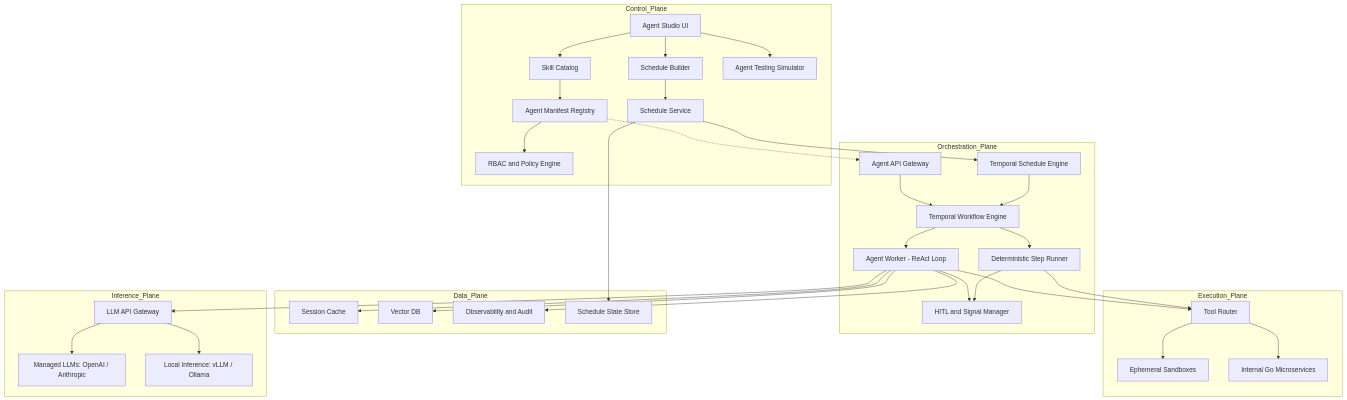
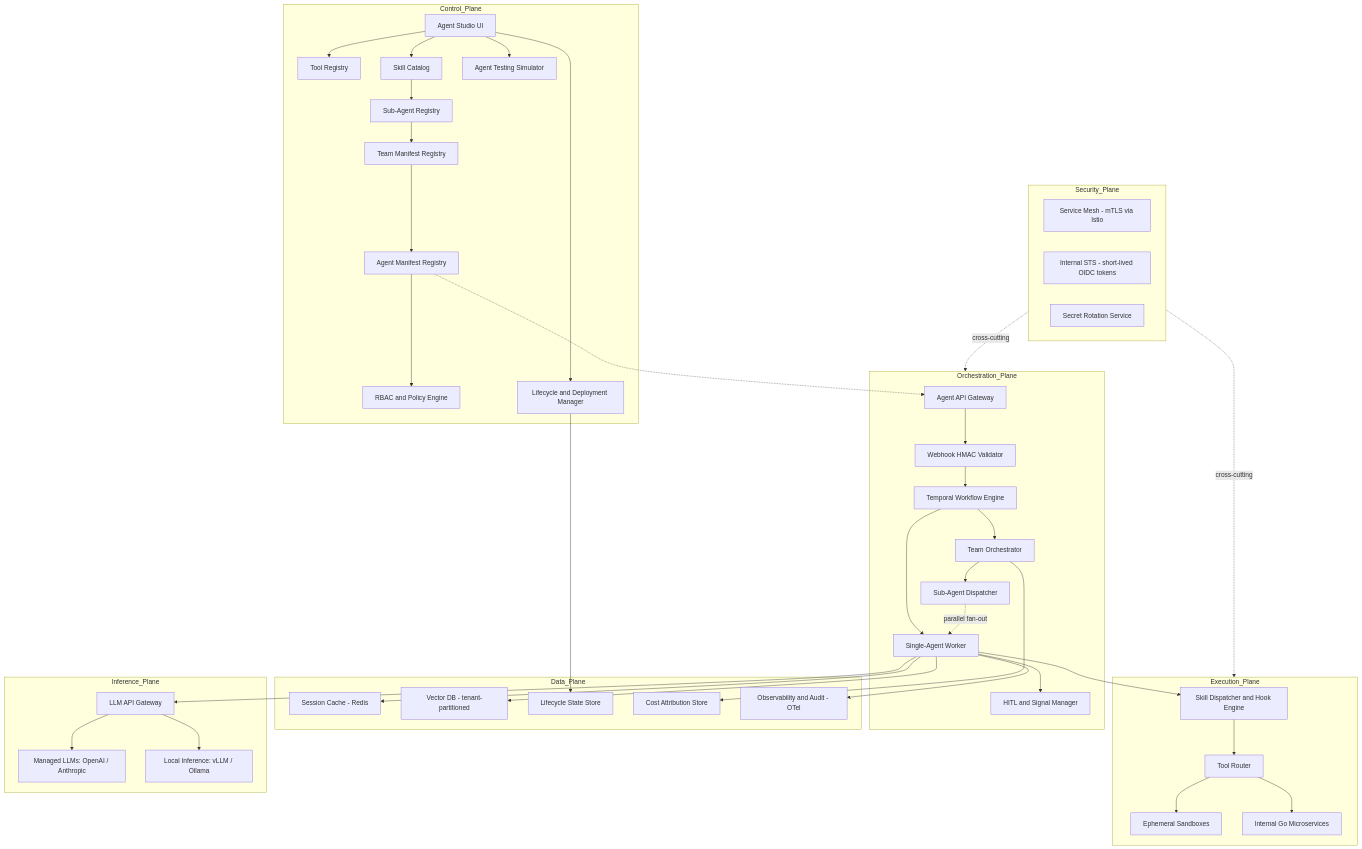
One commit to rayarun/a1-agent-engine changed the first of 6 diagrams in architecture.md. Above: the diagram before and after it, drawn with Mermaid. The commit also changed other lines of this file and 1 other file, not shown here.

First line of the commit message:
Docs: Promote worktree architecture and requirements revisions to main

````diff
--- a/architecture.md
+++ b/architecture.md
@@ -26,53 +24,66 @@
 ```mermaid
 graph TD
     subgraph Control_Plane
-        UI[Agent Studio UI] --> SkillCatalog[Skill Catalog]
-        UI --> ScheduleBuilder[Schedule Builder]
-        SkillCatalog --> Registry[Agent Manifest Registry]
+        UI[Agent Studio UI] --> ToolRegistry[Tool Registry]
+        UI --> SkillCatalog[Skill Catalog]
+        SkillCatalog --> SubAgentRegistry[Sub-Agent Registry]
+        SubAgentRegistry --> TeamManifestRegistry[Team Manifest Registry]
+        TeamManifestRegistry --> AgentRegistry[Agent Manifest Registry]
+        AgentRegistry --> Policy[RBAC and Policy Engine]
         UI --> Simulator[Agent Testing Simulator]
-        Registry --> Policy[RBAC and Policy Engine]
-        ScheduleBuilder --> ScheduleService[Schedule Service]
+        UI --> LifecycleMgr[Lifecycle and Deployment Manager]
     end
 
     subgraph Orchestration_Plane
-        Gateway[Agent API Gateway] --> Workflow[Temporal Workflow Engine]
-        ScheduleEngine[Temporal Schedule Engine] --> Workflow
-        ScheduleService --> ScheduleEngine
-        Workflow --> SDK[Agent Worker - ReAct Loop]
-        Workflow --> DetRunner[Deterministic Step Runner]
-        SDK --> HITL[HITL and Signal Manager]
-        DetRunner --> HITL
+        Gateway[Agent API Gateway] --> WebhookValidator[Webhook HMAC Validator]
+        WebhookValidator --> Workflow[Temporal Workflow Engine]
+        Workflow --> AgentWorker[Single-Agent Worker]
+        Workflow --> TeamOrchestrator[Team Orchestrator]
+        TeamOrchestrator --> SubAgentDispatcher[Sub-Agent Dispatcher]
+        SubAgentDispatcher -.->|parallel fan-out| AgentWorker
+        AgentWorker --> HITL[HITL and Signal Manager]
     end
 
     subgraph Execution_Plane
+        SkillDispatcher[Skill Dispatcher and Hook Engine]
         Router[Tool Router]
         Sandbox[Ephemeral Sandboxes]
         InternalAPI[Internal Go Microservices]
     end
 
     subgraph Data_Plane
-        ShortMem[Session Cache]
-        LongMem[Vector DB]
-        OTel[Observability and Audit]
-        ScheduleStore[Schedule State Store]
+        ShortMem[Session Cache - Redis]
+        LongMem[Vector DB - tenant-partitioned]
+        LifecycleStore[Lifecycle State Store]
+        CostStore[Cost Attribution Store]
+        OTel[Observability and Audit - OTel]
+    end
+
+    subgraph Security_Plane
+        mTLS[Service Mesh - mTLS via Istio]
+        STS[Internal STS - short-lived OIDC tokens]
+        SecretRotation[Secret Rotation Service]
     end
 
     subgraph Inference_Plane
         LLMRouter[LLM API Gateway]
         PublicLLM[Managed LLMs: OpenAI / Anthropic]
         LocalLLM[Local Inference: vLLM / Ollama]
     end
 
-    Registry -.-> Gateway
-    SDK --> Router
-    DetRunner --> Router
+    AgentRegistry -.-> Gateway
+    AgentWorker --> SkillDispatcher
+    SkillDispatcher --> Router
     Router --> Sandbox
     Router --> InternalAPI
-    SDK --> ShortMem
-    SDK --> LongMem
-    SDK --> OTel
-    SDK --> LLMRouter
-    ScheduleService --> ScheduleStore
+    AgentWorker --> ShortMem
+    AgentWorker --> LongMem
+    AgentWorker --> OTel
+    TeamOrchestrator --> CostStore
+    LifecycleMgr --> LifecycleStore
+    AgentWorker --> LLMRouter
     LLMRouter --> PublicLLM
     LLMRouter --> LocalLLM
+    Security_Plane -.->|cross-cutting| Orchestration_Plane
+    Security_Plane -.->|cross-cutting| Execution_Plane
 ```
````
